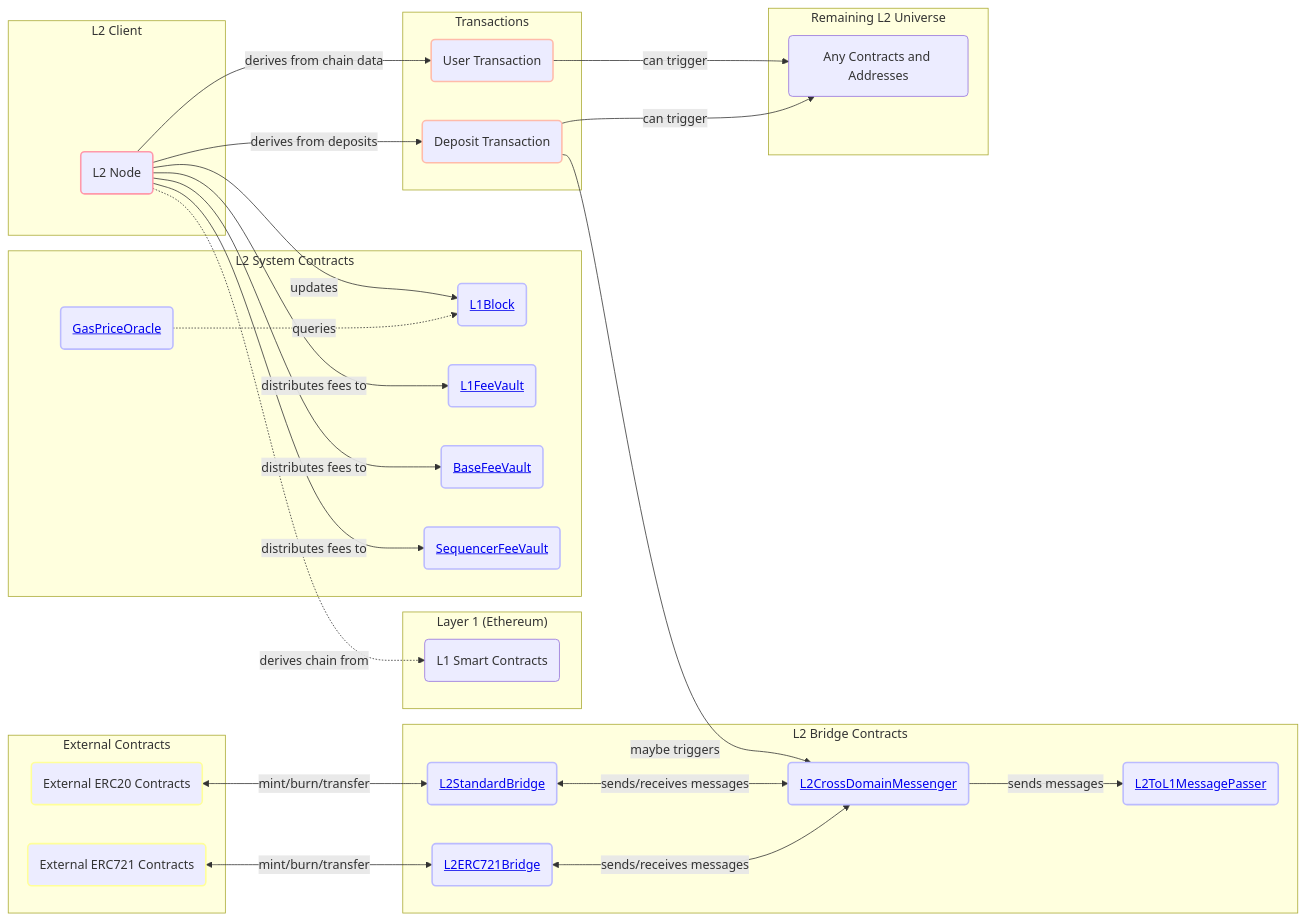
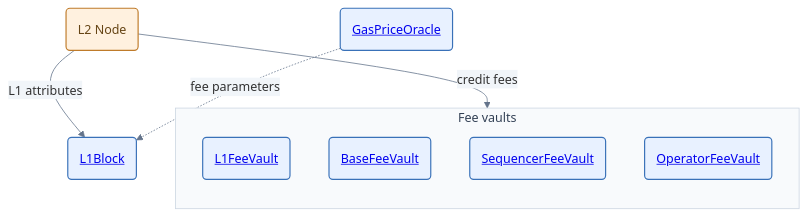
Before and after one commit to ethereum-optimism/specs: the third of 7 diagrams in specs/protocol/overview.md, drawn with Mermaid. The commit also changed other lines of this file, not shown here.

Commit message:
docs: refresh smart contract architecture overview

````diff
--- a/specs/protocol/overview.md
+++ b/specs/protocol/overview.md
@@ -165,70 +151,24 @@
 ```mermaid
-graph LR
-    subgraph "Layer 1 (Ethereum)"
-        L1SmartContracts(L1 Smart Contracts)
-    end
-
-    subgraph "L2 Client"
-        L2Node(L2 Node)
-    end
-
-    subgraph "L2 System Contracts"
-        L1Block(<a href="./predeploys.html#l1block">L1Block</a>)
-        GasPriceOracle(<a href="./predeploys.html#gaspriceoracle">GasPriceOracle</a>)
+%%{init: {"theme": "base", "themeVariables": {"lineColor": "#64748b", "edgeLabelBackground": "#f1f5f9"}, "themeCSS": ".nodeLabel a { color: inherit !important; }"}}%%
+graph TB
+    L2Node(L2 Node)
+    L1Block(<a href="./predeploys.html#l1block">L1Block</a>)
+    GasPriceOracle(<a href="./predeploys.html#gaspriceoracle">GasPriceOracle</a>)
+    subgraph FeeVaults[Fee vaults]
+        direction TB
         L1FeeVault(<a href="./predeploys.html#l1feevault">L1FeeVault</a>)
         BaseFeeVault(<a href="./predeploys.html#basefeevault">BaseFeeVault</a>)
         SequencerFeeVault(<a href="./predeploys.html#sequencerfeevault">SequencerFeeVault</a>)
+        OperatorFeeVault(<a href="./predeploys.html#operator-fee-vault">OperatorFeeVault</a>)
     end
 
-    subgraph "L2 Bridge Contracts"
-        L2CrossDomainMessenger(<a href="./predeploys.html#l2crossdomainmessenger">L2CrossDomainMessenger</a>)
-        L2ToL1MessagePasser(<a href="./predeploys.html#l2tol1messagepasser">L2ToL1MessagePasser</a>)
-        L2StandardBridge(<a href="./predeploys.html#l2standardbridge">L2StandardBridge</a>)
-        L2ERC721Bridge(<a href="./predeploys.html">L2ERC721Bridge</a>)
-    end
+    L2Node -->|L1 attributes| L1Block
+    L2Node -->|credit fees| FeeVaults
+    GasPriceOracle -.->|fee parameters| L1Block
 
-    subgraph "Transactions"
-        DepositTransaction(Deposit Transaction)
-        UserTransaction(User Transaction)
-    end
-
-    subgraph "External Contracts"
-        ExternalERC20(External ERC20 Contracts)
-        ExternalERC721(External ERC721 Contracts)
-    end
-
-    subgraph "Remaining L2 Universe"
-        OtherContracts(Any Contracts and Addresses)
-    end
-
-    L2Node -.->|derives chain from| L1SmartContracts
-    L2Node -->|updates| L1Block
-    L2Node -->|distributes fees to| L1FeeVault
-    L2Node -->|distributes fees to| BaseFeeVault
-    L2Node -->|distributes fees to| SequencerFeeVault
-    L2Node -->|derives from deposits| DepositTransaction
-    L2Node -->|derives from chain data| UserTransaction
-
-    UserTransaction -->|can trigger| OtherContracts
-    DepositTransaction -->|maybe triggers| L2CrossDomainMessenger
-    DepositTransaction -->|can trigger| OtherContracts
-
-    ExternalERC20 <-->|mint/burn/transfer| L2StandardBridge
-    ExternalERC721 <-->|mint/burn/transfer| L2ERC721Bridge
-
-    L2StandardBridge <-->|sends/receives messages| L2CrossDomainMessenger
-    L2ERC721Bridge <-->|sends/receives messages| L2CrossDomainMessenger
-    GasPriceOracle -.->|queries| L1Block
-    L2CrossDomainMessenger -->|sends messages| L2ToL1MessagePasser
-
-    classDef extContracts stroke:#ff9,stroke-width:2px;
-    classDef l2Contracts stroke:#bbf,stroke-width:2px;
-    classDef transactions stroke:#fba,stroke-width:2px;
-    classDef l2Node stroke:#f9a,stroke-width:2px;
-
-    class ExternalERC20,ExternalERC721 extContracts;
-    class L2CrossDomainMessenger,L2ToL1MessagePasser,L2StandardBridge,L2ERC721Bridge l2Contracts;
-    class L1Block,L1FeeVault,BaseFeeVault,SequencerFeeVault,GasPriceOracle l2Contracts;
-    class UserTransaction,DepositTransaction transactions;
-    class L2Node l2Node;
+    classDef proxy fill:#e8f1ff,stroke:#3971b8,color:#17375e,stroke-width:1.5px;
+    classDef actor fill:#fff1df,stroke:#bf7b2a,color:#664515,stroke-width:1.5px;
+    class L1Block,GasPriceOracle,L1FeeVault,BaseFeeVault,SequencerFeeVault,OperatorFeeVault proxy;
+    class L2Node actor;
+    style FeeVaults fill:#f8fafc,stroke:#cbd5e1,color:#334155;
 ```
````
